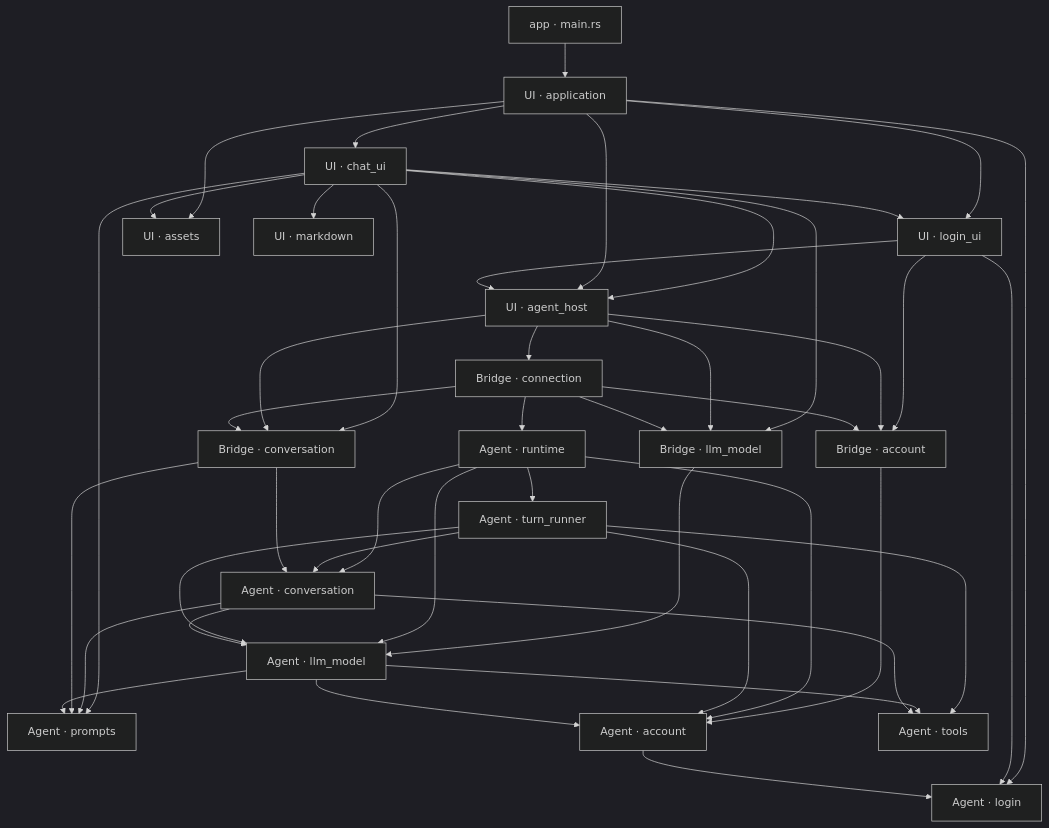
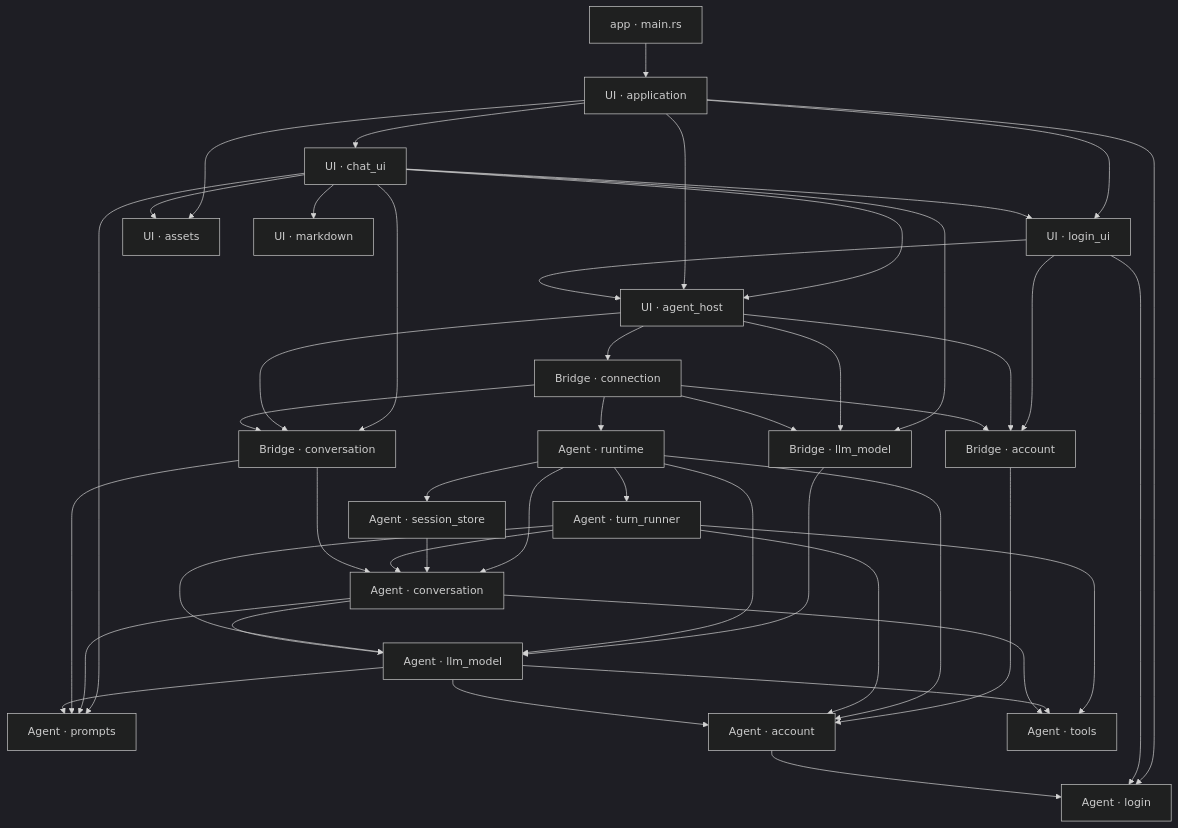
Before and after one commit to slc90/Agentelier: the first of 3 diagrams in docs/design/architecture.md, drawn with Mermaid (dark theme). The commit also changed other lines of this file and 22 other files, not shown here.

````diff
--- a/docs/design/architecture.md
+++ b/docs/design/architecture.md
@@ -32,46 +33,48 @@
 ```mermaid
 flowchart TD
     Entry["app · main.rs"] --> App["UI · application"]
     App --> UI["UI · login_ui"]
     App --> Assets["UI · assets"]
     App --> Login["Agent · login"]
     UI --> Login
     App --> ChatUI["UI · chat_ui"]
     ChatUI --> Markdown["UI · markdown"]
     ChatUI --> UI
     ChatUI --> Host
     App --> Host["UI · agent_host"]
     UI --> Host
     Host --> Connection["Bridge · connection"]
     UI --> AccountBridge["Bridge · account"]
     ChatUI --> ModelBridge["Bridge · llm_model"]
     ChatUI --> ConversationBridge["Bridge · conversation"]
     ChatUI --> Prompts["Agent · prompts"]
     ChatUI --> Assets
     Host --> AccountBridge
     Host --> ModelBridge
     Host --> ConversationBridge
     Connection --> Runtime["Agent · runtime"]
     Connection --> AccountBridge
     Connection --> ModelBridge
     Connection --> ConversationBridge
     AccountBridge --> Account["Agent · account"]
     ModelBridge --> Model["Agent · llm_model"]
     Runtime --> Account
     Runtime --> Model
     Runtime --> Conversation["Agent · conversation"]
+    Runtime --> SessionStore["Agent · session_store"]
+    SessionStore --> Conversation
     Runtime --> Runner["Agent · turn_runner"]
     Runner --> Conversation
     Runner --> Model
     Runner --> Account
     Runner --> Tools["Agent · tools"]
     Model --> Tools
     Conversation --> Tools
     Conversation --> Model
     Conversation --> Prompts
     ConversationBridge --> Conversation
     ConversationBridge --> Prompts
     Model --> Prompts
     Model --> Account
     Account --> Login
 ```
````
